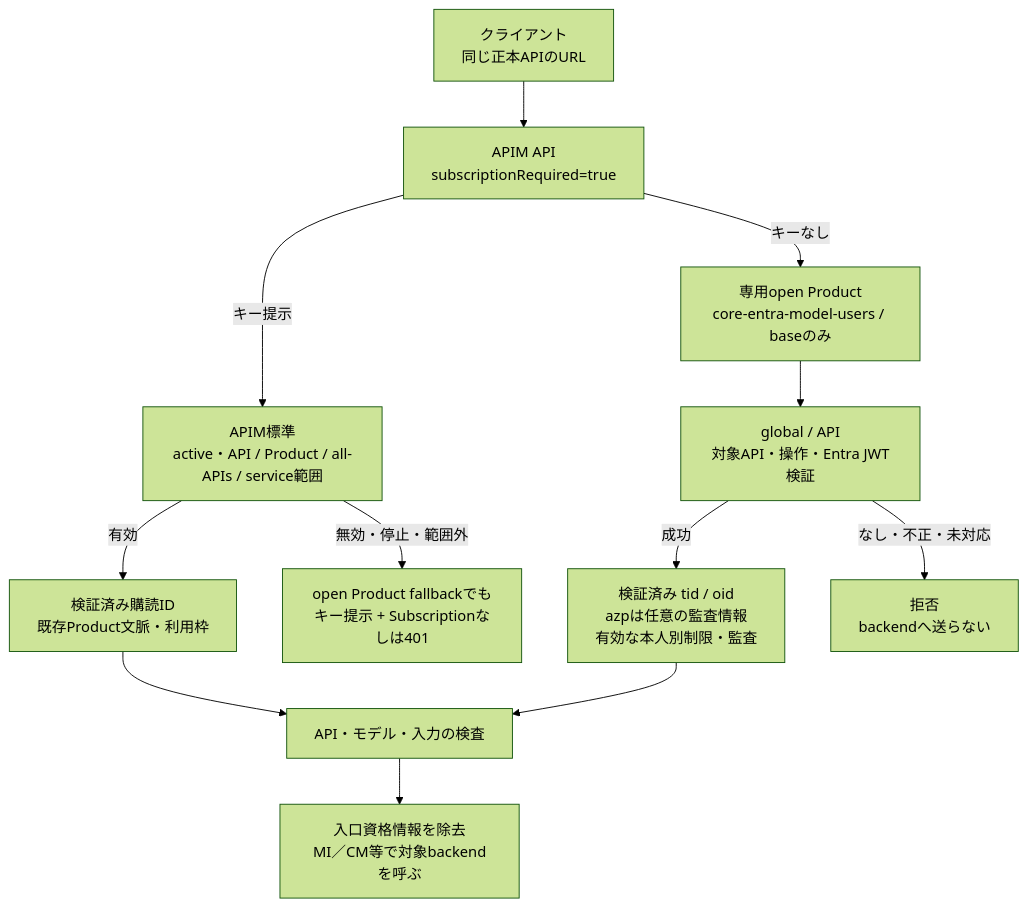
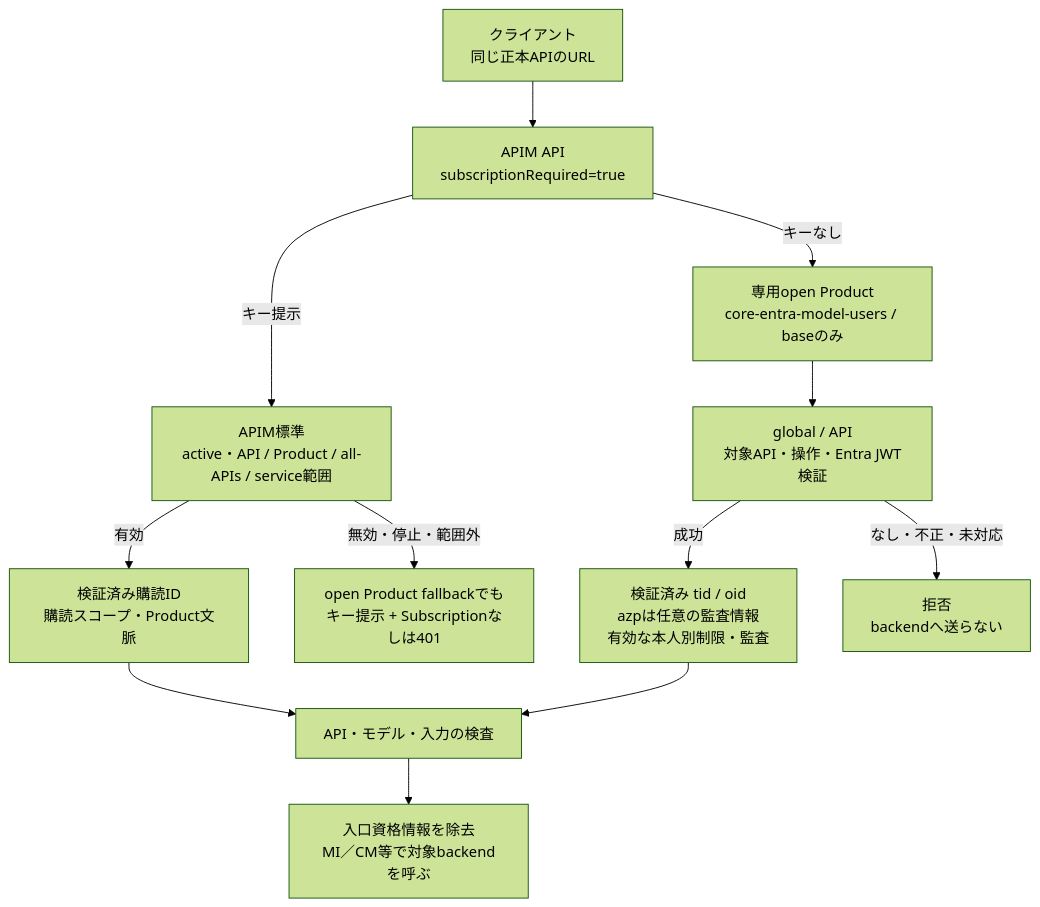
One commit to hrkd83/egakumi changed the diagram in docs/reference/gateway-key-auth-plan.md. Above: the diagram before and after it, drawn with Mermaid (forest theme). The commit also changed other lines of this file and 476 other files, not shown here.

````diff
--- a/docs/reference/gateway-key-auth-plan.md
+++ b/docs/reference/gateway-key-auth-plan.md
@@ -17,14 +17,14 @@
 ```mermaid
 flowchart TD
   C["クライアント<br/>同じ正本APIのURL"] --> A["APIM API<br/>subscriptionRequired=true"]
   A -->|キー提示| K["APIM標準<br/>active・API / Product / all-APIs / service範囲"]
-  K -->|有効| S["検証済み購読ID<br/>既存Product文脈・利用枠"]
+  K -->|有効| S["検証済み購読ID<br/>購読スコープ・Product文脈"]
   K -->|無効・停止・範囲外| X["open Product fallbackでも<br/>キー提示 + Subscriptionなしは401"]
   A -->|キーなし| P["専用open Product<br/>core-entra-model-users / baseのみ"]
   P --> T["global / API<br/>対象API・操作・Entra JWT検証"]
   T -->|成功| U["検証済み tid / oid<br/>azpは任意の監査情報<br/>有効な本人別制限・監査"]
   T -->|なし・不正・未対応| R["拒否<br/>backendへ送らない"]
   S --> B["API・モデル・入力の検査"]
   U --> B
   B --> M["入口資格情報を除去<br/>MI／CM等で対象backendを呼ぶ"]
 ```
````
